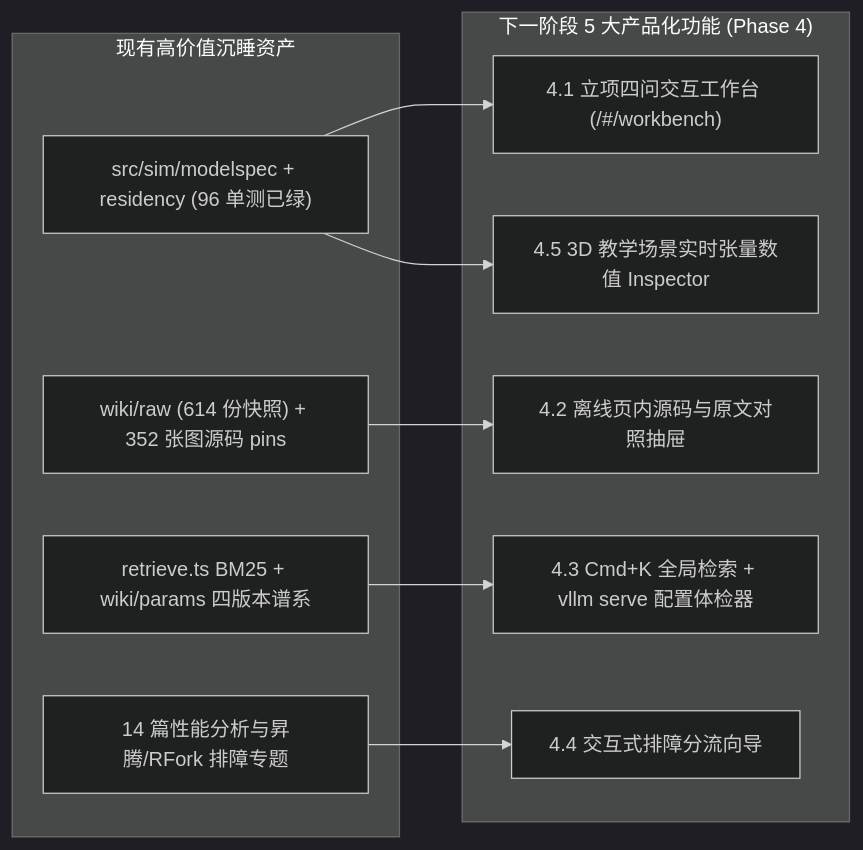
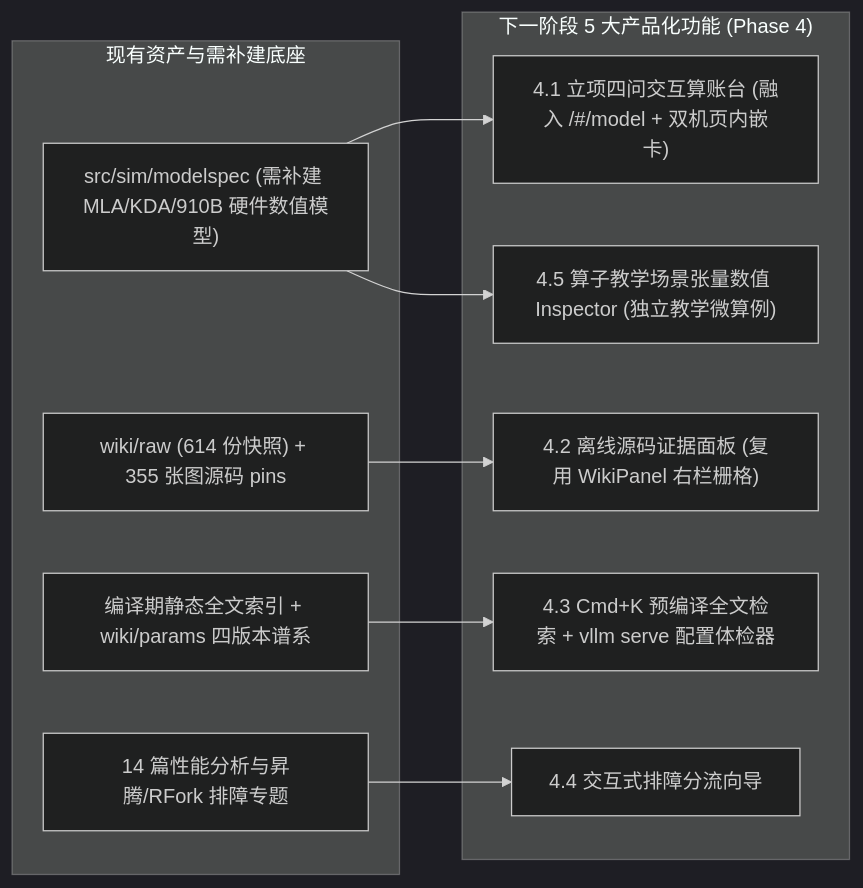
One commit to BailanCaptain/infer-lab changed the second of 2 diagrams in docs/plans/2026-11-14-progressive-restructure-and-fix-plan.md. Above: the diagram before and after it, drawn with Mermaid (dark theme). The commit also changed other lines of this file and 231 other files, not shown here.

````diff
--- a/docs/plans/2026-11-14-progressive-restructure-and-fix-plan.md
+++ b/docs/plans/2026-11-14-progressive-restructure-and-fix-plan.md
@@ -154,21 +282,21 @@
 ```mermaid
 flowchart LR
-    subgraph Assets["现有高价值沉睡资产"]
-        S1["src/sim/modelspec + residency (96 单测已绿)"]
-        S2["wiki/raw (614 份快照) + 352 张图源码 pins"]
-        S3["retrieve.ts BM25 + wiki/params 四版本谱系"]
+    subgraph Assets["现有资产与需补建底座"]
+        S1["src/sim/modelspec (需补建 MLA/KDA/910B 硬件数值模型)"]
+        S2["wiki/raw (614 份快照) + 355 张图源码 pins"]
+        S3["编译期静态全文索引 + wiki/params 四版本谱系"]
         S4["14 篇性能分析与昇腾/RFork 排障专题"]
     end
     subgraph Features["下一阶段 5 大产品化功能 (Phase 4)"]
-        F1["4.1 立项四问交互工作台 (/#/workbench)"]
-        F2["4.2 离线页内源码与原文对照抽屉"]
-        F3["4.3 Cmd+K 全局检索 + vllm serve 配置体检器"]
+        F1["4.1 立项四问交互算账台 (融入 /#/model + 双机页内嵌卡)"]
+        F2["4.2 离线源码证据面板 (复用 WikiPanel 右栏栅格)"]
+        F3["4.3 Cmd+K 预编译全文检索 + vllm serve 配置体检器"]
         F4["4.4 交互式排障分流向导"]
-        F5["4.5 3D 教学场景实时张量数值 Inspector"]
+        F5["4.5 算子教学场景张量数值 Inspector (独立教学微算例)"]
     end
     S1 --> F1
     S1 --> F5
     S2 --> F2
     S3 --> F3
     S4 --> F4
 ```
````
